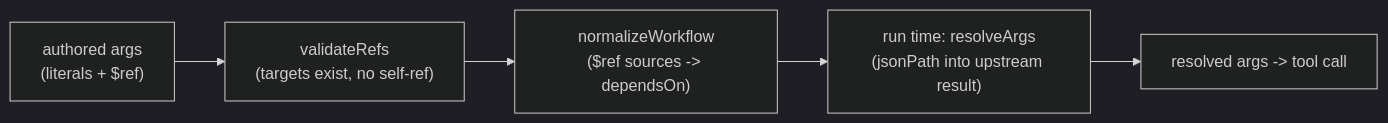
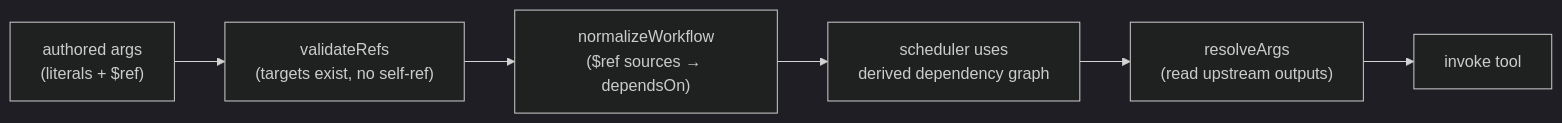
Before and after one commit to hardikcode-creator/MCP-Playground: the diagram in docs/data-flow-references.mdx, drawn with Mermaid (dark theme). The commit also changed other lines of this file and 7 other files, not shown here.

````diff
--- a/docs/data-flow-references.mdx
+++ b/docs/data-flow-references.mdx
@@ -97,7 +97,8 @@
 ```mermaid
 flowchart LR
   A["authored args<br/>(literals + $ref)"] --> B["validateRefs<br/>(targets exist, no self-ref)"]
-  B --> C["normalizeWorkflow<br/>($ref sources -> dependsOn)"]
-  C --> D["run time: resolveArgs<br/>(jsonPath into upstream result)"]
-  D --> E["resolved args -> tool call"]
+  B --> C["normalizeWorkflow<br/>($ref sources → dependsOn)"]
+  C --> D["scheduler uses<br/>derived dependency graph"]
+  D --> E["resolveArgs<br/>(read upstream outputs)"]
+  E --> F["invoke tool"]
 ```
````
